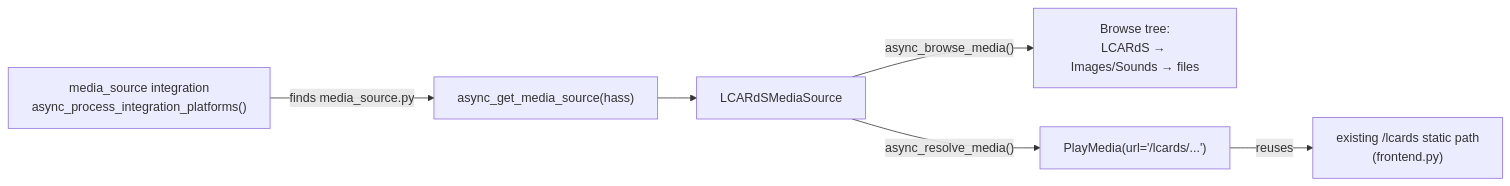
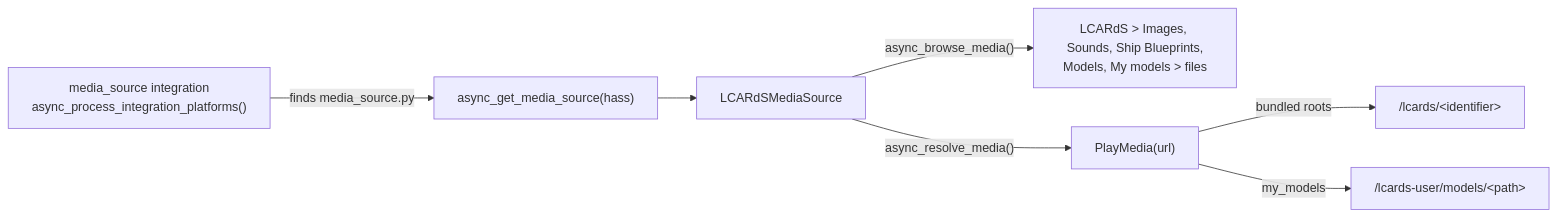
Before and after one commit to snootched/lcards: the fourth of 5 diagrams in doc/architecture/ha-integration.md, drawn with Mermaid. The commit also changed other lines of this file and 91 other files, not shown here.

````diff
--- a/doc/architecture/ha-integration.md
+++ b/doc/architecture/ha-integration.md
@@ -133,8 +254,9 @@
 ```mermaid
 graph LR
-    Discover["media_source integration\nasync_process_integration_platforms()"] -->|"finds media_source.py"| Get["async_get_media_source(hass)"]
+    Discover["media_source integration<br/>async_process_integration_platforms()"] -->|"finds media_source.py"| Get["async_get_media_source(hass)"]
     Get --> Src["LCARdSMediaSource"]
-    Src -->|"async_browse_media()"| Browse["Browse tree:\nLCARdS → Images/Sounds → files"]
-    Src -->|"async_resolve_media()"| Resolve["PlayMedia(url='/lcards/...')"]
-    Resolve -->|"reuses"| StaticPath["existing /lcards static path\n(frontend.py)"]
+    Src -->|"async_browse_media()"| Browse["LCARdS > Images, Sounds, Ship Blueprints,<br/>Models, My models > files"]
+    Src -->|"async_resolve_media()"| Resolve["PlayMedia(url)"]
+    Resolve -->|"bundled roots"| Static["/lcards/&lt;identifier&gt;"]
+    Resolve -->|"my_models"| User["/lcards-user/models/&lt;path&gt;"]
 ```
````
